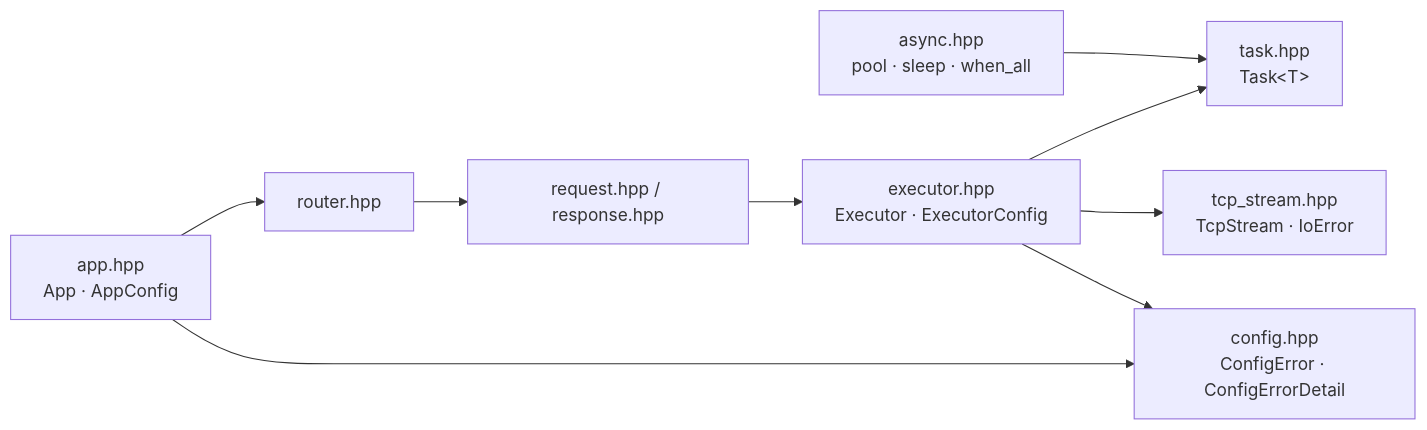
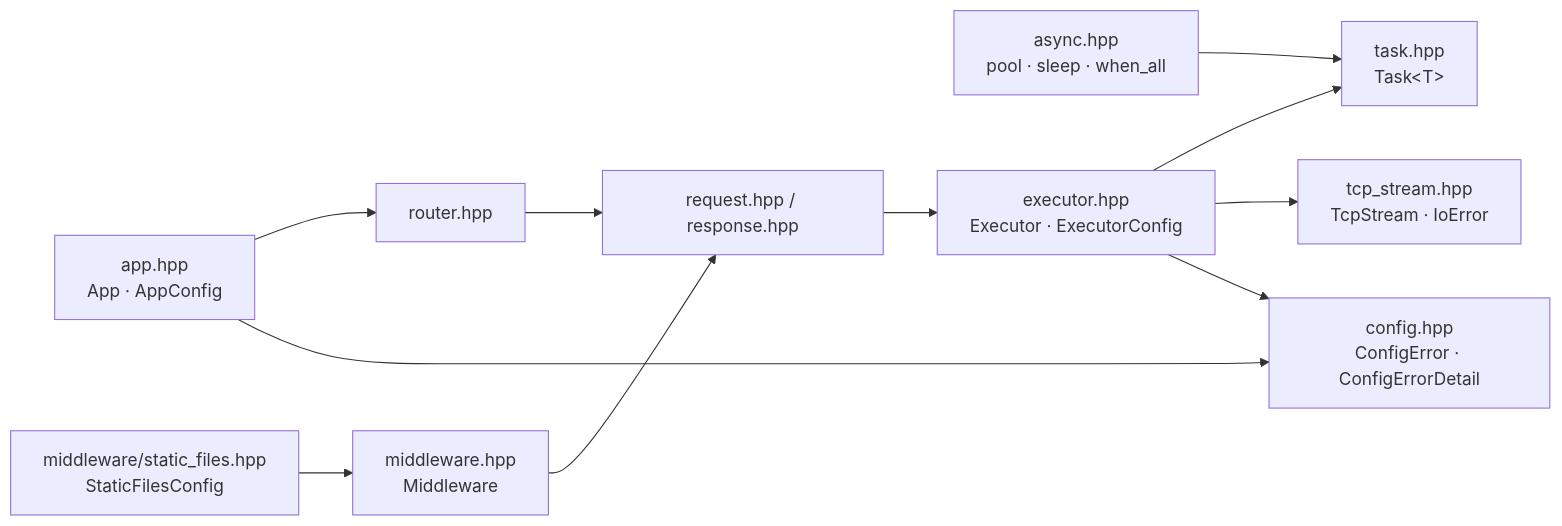
One commit to MohammadMokhalled/Aevox changed the diagram in docs/api/index.md. Above: the diagram before and after it, drawn with Mermaid. The commit also changed other lines of this file and 22 other files, not shown here.

First line of the commit message:
feat(AEV-014): add static file middleware (#18)

````diff
--- a/docs/api/index.md
+++ b/docs/api/index.md
@@ -28,11 +29,13 @@
 ```mermaid
 graph LR
     ASYNC["async.hpp<br/>pool · sleep · when_all"] --> TASK
     EXEC["executor.hpp<br/>Executor · ExecutorConfig"] --> TASK["task.hpp<br/>Task&lt;T&gt;"]
     EXEC --> TCP["tcp_stream.hpp<br/>TcpStream · IoError"]
     APP["app.hpp<br/>App · AppConfig"] --> ROUTER["router.hpp"]
     APP --> CFG["config.hpp<br/>ConfigError · ConfigErrorDetail"]
     EXEC --> CFG
     ROUTER --> RR["request.hpp / response.hpp"]
     RR --> EXEC
+    STATIC["middleware/static_files.hpp<br/>StaticFilesConfig"] --> MW["middleware.hpp<br/>Middleware"]
+    MW --> RR
 ```
````
